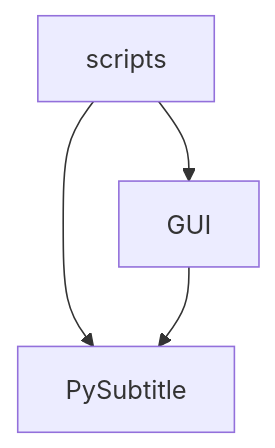
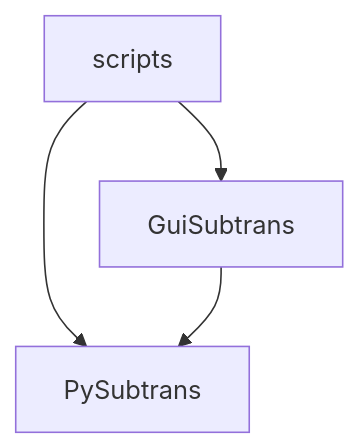
One commit to weizsw/gpt-subtrans changed the diagram in docs/architecture.md. Above: the diagram before and after it, drawn with Mermaid. The commit also changed other lines of this file and 310 other files, not shown here.

````diff
--- a/docs/architecture.md
+++ b/docs/architecture.md
@@ -3,6 +3,6 @@
 ```mermaid
 graph TD
-    Scripts[scripts] --> GUI[GUI]
-    Scripts --> PySubtitle[PySubtitle]
-    GUI --> PySubtitle
+    Scripts[scripts] --> GuiSubtrans[GuiSubtrans]
+    Scripts --> PySubtrans[PySubtrans]
+    GuiSubtrans --> PySubtrans
 ```
````
